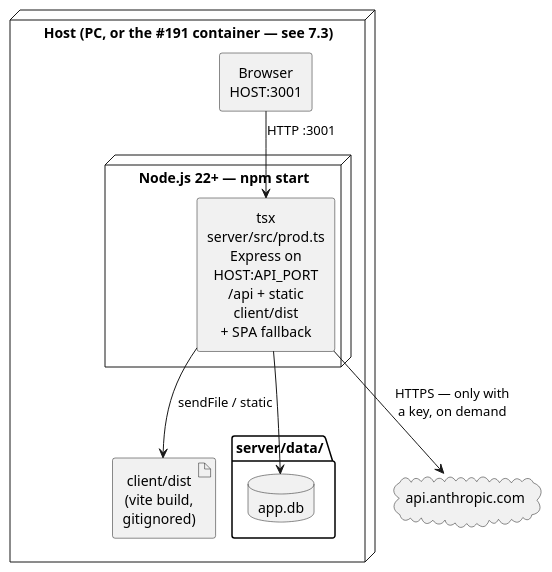
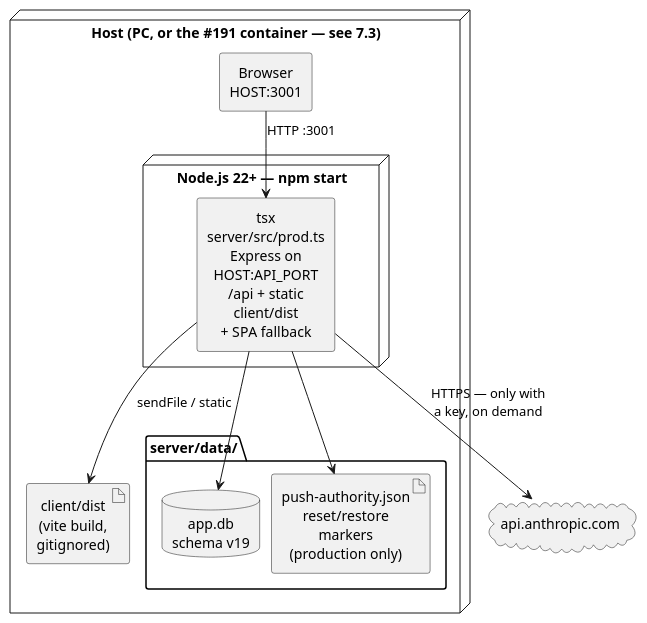
The second of 4 diagrams in docs/modules/ROOT/pages/07_deployment_view.adoc (FelixGeisler/draw), drawn with PlantUML before and after one commit. The commit also changed other lines of this file and 26 other files, not shown here.

Commit message:
#337 Establish crash-safe Push authority and backups

```diff
--- a/docs/modules/ROOT/pages/07_deployment_view.adoc
+++ b/docs/modules/ROOT/pages/07_deployment_view.adoc
@@ -106,28 +116,30 @@
 [plantuml,deployment-prod,svg]
 ....
 @startuml
 skinparam shadowing false
 skinparam wrapWidth 140
 skinparam defaultTextAlignment center
 skinparam componentStyle rectangle
 skinparam nodesep 12
 skinparam ranksep 18
 
 node "Host (PC, or the #191 container — see 7.3)" as host {
   component "Browser\nHOST:3001" as browser
   node "Node.js 22+ — npm start" as prodtree {
     component "tsx server/src/prod.ts\nExpress on HOST:API_PORT\n/api + static client/dist\n+ SPA fallback" as express
   }
   artifact "client/dist\n(vite build, gitignored)" as dist
   folder "server/data/" as data {
-    database "app.db" as db
+    database "app.db\nschema v19" as db
+    artifact "push-authority.json\nreset/restore markers\n(production only)" as pushstate
   }
 }
 cloud "api.anthropic.com" as claude
 
 browser --> express : HTTP :3001
 express --> dist : sendFile / static
 express --> db
+express --> pushstate
 express --> claude : HTTPS — only with\na key, on demand
 @enduml
 ....
```
